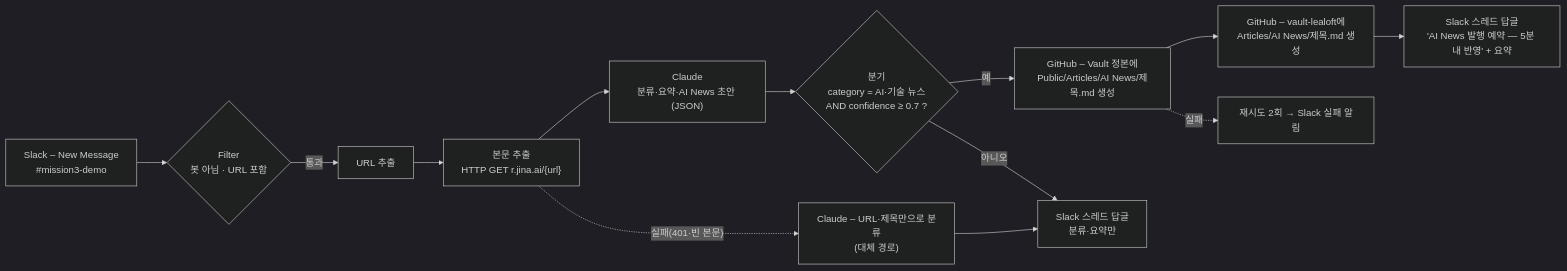
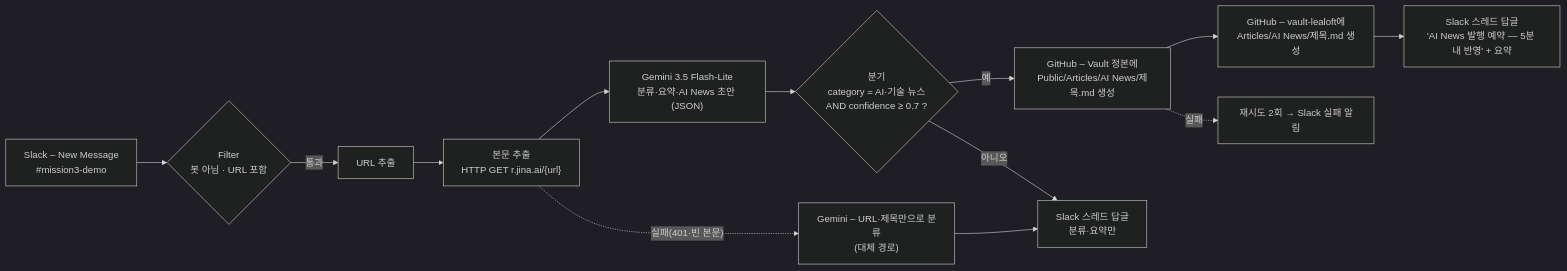
Before and after one commit to sujileelea/Codyssey: the diagram in AI_Tools_Essentials/mission3/프로젝트2 설계 문서.md, drawn with Mermaid (dark theme). The commit also changed other lines of this file and 1 other file, not shown here.

Commit message:
mission3: P2 AI 모델을 Gemini 무료 티어로 전환

````diff
--- a/AI_Tools_Essentials/mission3/프로젝트2 설계 문서.md
+++ b/AI_Tools_Essentials/mission3/프로젝트2 설계 문서.md
@@ -30,15 +30,15 @@
 ```mermaid
 flowchart LR
     T["Slack – New Message<br/>#mission3-demo"] --> F{"Filter<br/>봇 아님 · URL 포함"}
     F -- 통과 --> X["URL 추출"]
     X --> H["본문 추출<br/>HTTP GET r.jina.ai/{url}"]
-    H --> C["Claude<br/>분류·요약·AI News 초안 (JSON)"]
+    H --> C["Gemini 3.5 Flash-Lite<br/>분류·요약·AI News 초안 (JSON)"]
     C --> B{"분기<br/>category = AI·기술 뉴스<br/>AND confidence ≥ 0.7 ?"}
     B -- 예 --> G1["GitHub – Vault 정본에<br/>Public/Articles/AI News/제목.md 생성"]
     G1 --> G2["GitHub – vault-lealoft에<br/>Articles/AI News/제목.md 생성"]
     G2 --> S1["Slack 스레드 답글<br/>'AI News 발행 예약 — 5분 내 반영' + 요약"]
     B -- 아니오 --> S2["Slack 스레드 답글<br/>분류·요약만"]
-    H -. 실패(401·빈 본문) .-> C2["Claude – URL·제목만으로 분류<br/>(대체 경로)"]
+    H -. 실패(401·빈 본문) .-> C2["Gemini – URL·제목만으로 분류<br/>(대체 경로)"]
     C2 --> S2
     G1 -. 실패 .-> R["재시도 2회 → Slack 실패 알림"]
 ```
````
